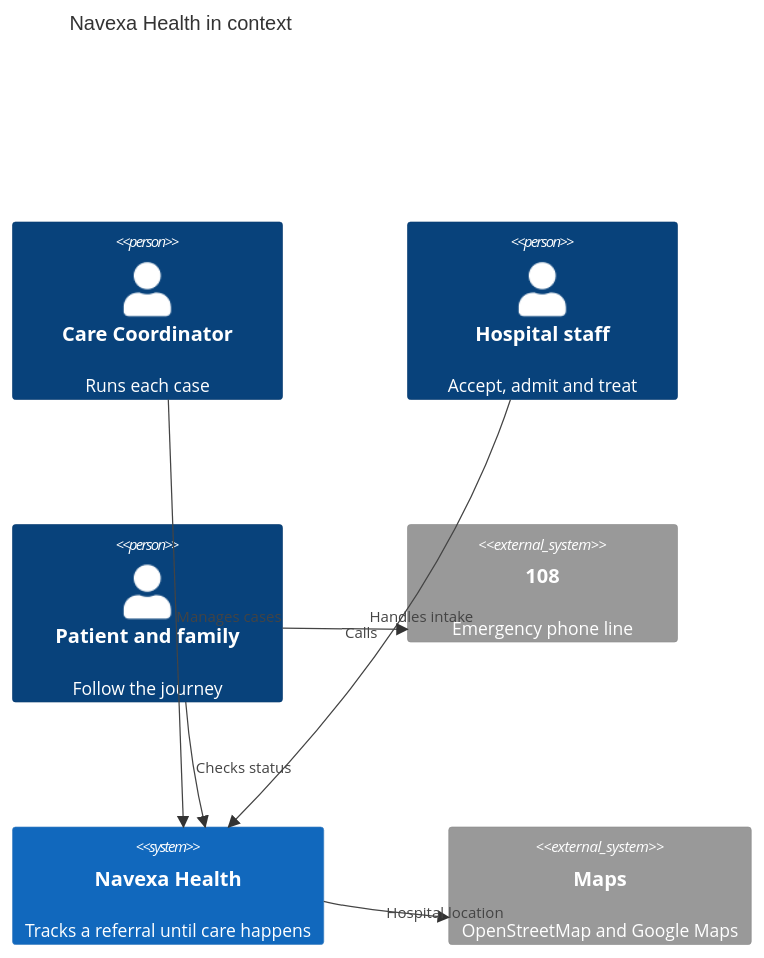
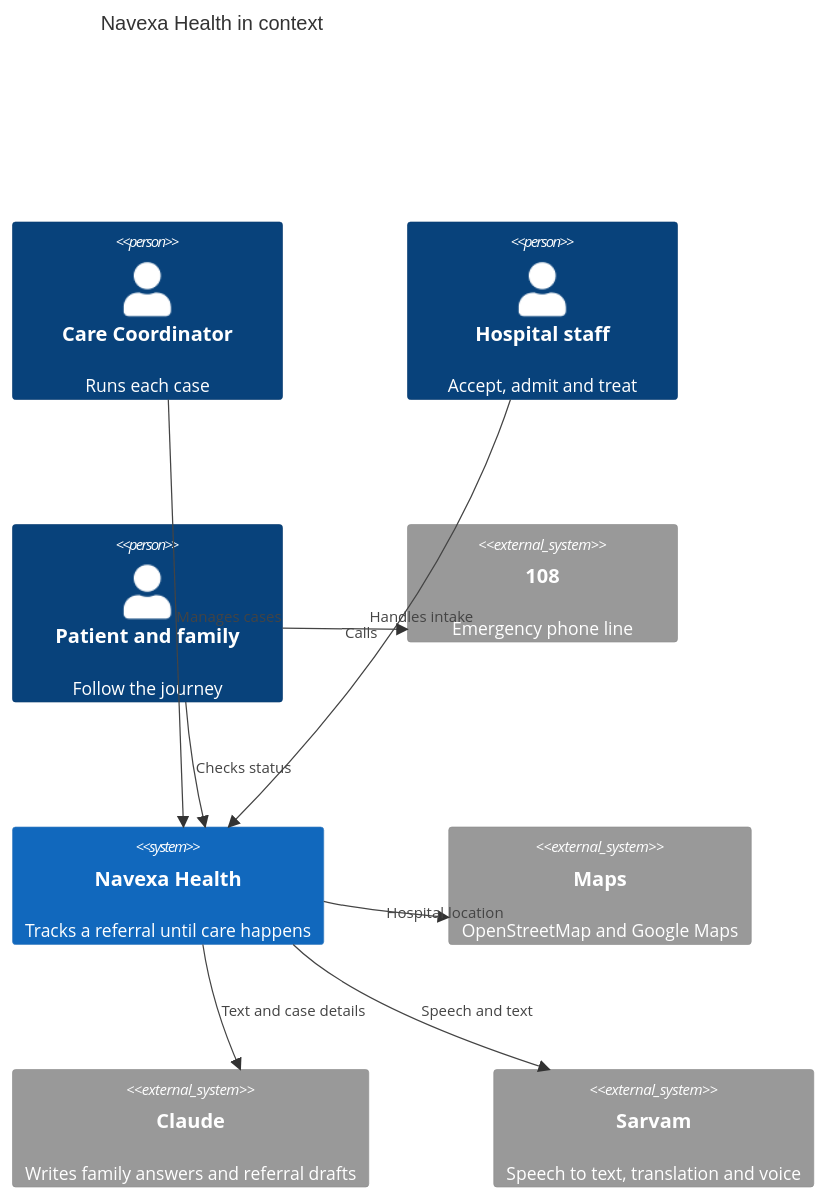
One commit to Shabnam852/health-a-thon changed the diagram in docs/diagrams/13-c4-context.mmd. Above: the diagram before and after it, drawn with Mermaid. The commit also changed 129 other files, not shown here.

First line of the commit message:
feat: add the family voice assistant and staff AI tools

```diff
--- a/docs/diagrams/13-c4-context.mmd
+++ b/docs/diagrams/13-c4-context.mmd
@@ -1,15 +1,19 @@
 C4Context
   accTitle: System context
-  accDescr: Coordinators, hospital staff and families use Navexa Health. Navexa sends only the hospital location to OpenStreetMap and Google Maps, and families can call emergency number 108.
+  accDescr: Coordinators, hospital staff and families use Navexa Health. Navexa sends only the hospital location to OpenStreetMap and Google Maps. It sends what the family asks the assistant, and what staff type, say or photograph for a draft, to Claude and Sarvam. Families can call emergency number 108.
   title Navexa Health in context
   Person(coordinator, "Care Coordinator", "Runs each case")
   Person(hospital, "Hospital staff", "Accept, admit and treat")
   Person(family, "Patient and family", "Follow the journey")
   System_Ext(emergency, "108", "Emergency phone line")
   System(navexa, "Navexa Health", "Tracks a referral until care happens")
   System_Ext(maps, "Maps", "OpenStreetMap and Google Maps")
+  System_Ext(claude, "Claude", "Writes family answers and referral drafts")
+  System_Ext(sarvam, "Sarvam", "Speech to text, translation and voice")
   Rel(coordinator, navexa, "Manages cases")
   Rel(hospital, navexa, "Handles intake")
   Rel(family, navexa, "Checks status")
   Rel(family, emergency, "Calls")
   Rel(navexa, maps, "Hospital location")
+  Rel(navexa, claude, "Text and case details")
+  Rel(navexa, sarvam, "Speech and text")
```
